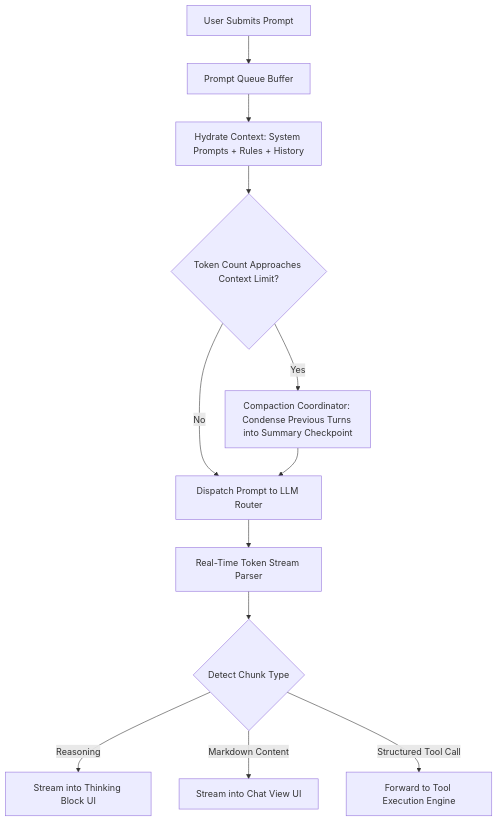
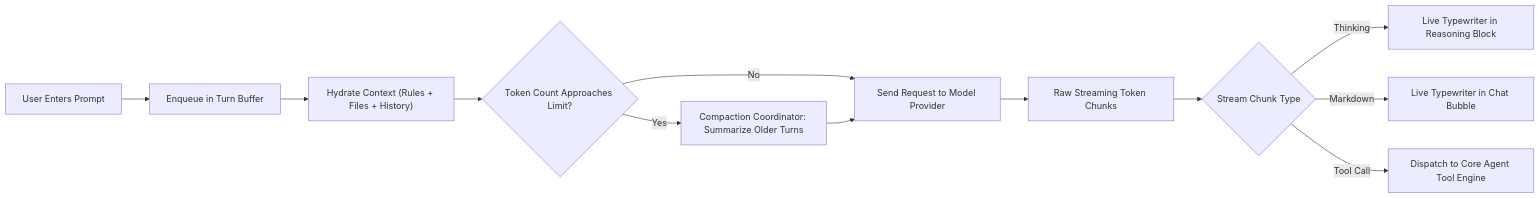
One commit to KerberoSec/KerberoSec-CLI changed the fourth of 12 diagrams in README.md. Above: the diagram before and after it, drawn with Mermaid. The commit also changed other lines of this file, not shown here.

Commit message:
expand readme with comprehensive architecture diagrams and component breakdowns

````diff
--- a/README.md
+++ b/README.md
@@ -197,16 +175,16 @@
 ```mermaid
-flowchart TD
-    PromptIn["User Submits Prompt"] --> TurnQueue["Prompt Queue Buffer"]
-    TurnQueue --> Hydrate["Hydrate Context: System Prompts + Rules + History"]
-    Hydrate --> CheckHeadroom{"Token Count Approaches Context Limit?"}
+flowchart LR
+    UserInput["User Enters Prompt"] --> Enqueue["Enqueue in Turn Buffer"]
+    Enqueue --> Hydrate["Hydrate Context (Rules + Files + History)"]
+    Hydrate --> CheckHeadroom{"Token Count Approaches Limit?"}
     
-    CheckHeadroom -- "Yes" --> Compaction["Compaction Coordinator: Condense Previous Turns into Summary Checkpoint"]
-    CheckHeadroom -- "No" --> StreamReq["Dispatch Prompt to LLM Router"]
-    Compaction --> StreamReq
-    
-    StreamReq --> StreamParser["Real-Time Token Stream Parser"]
-    StreamParser --> Splitter{"Detect Chunk Type"}
-    Splitter -- "Reasoning" --> ThinkingBlock["Stream into Thinking Block UI"]
-    Splitter -- "Markdown Content" --> MarkdownUI["Stream into Chat View UI"]
-    Splitter -- "Structured Tool Call" --> ToolDispatcher["Forward to Tool Execution Engine"]
+    CheckHeadroom -- "Yes" --> Compact["Compaction Coordinator: Summarize Older Turns"]
+    CheckHeadroom -- "No" --> DispatchReq["Send Request to Model Provider"]
+    Compact --> DispatchReq
+
+    DispatchReq --> SSEStream["Raw Streaming Token Chunks"]
+    SSEStream --> Parser{"Stream Chunk Type"}
+    Parser -- "Thinking" --> RenderThought["Live Typewriter in Reasoning Block"]
+    Parser -- "Markdown" --> RenderText["Live Typewriter in Chat Bubble"]
+    Parser -- "Tool Call" --> ExecTool["Dispatch to Core Agent Tool Engine"]
 ```
````
